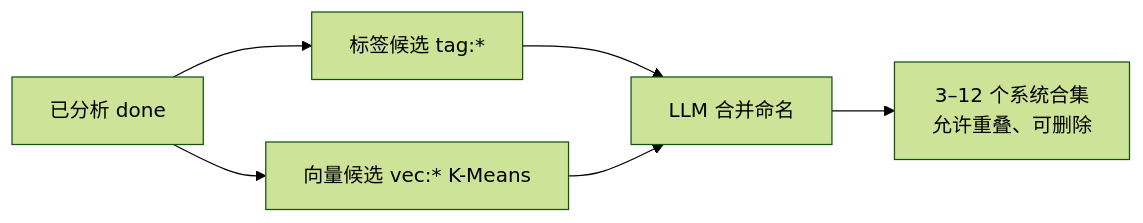
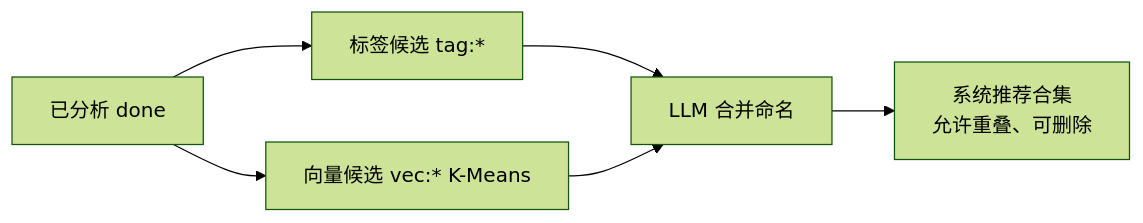
Before and after one commit to OXOYO/Flying-Bird-Wallpaper: the second of 2 diagrams in docs/temp/ai-dev-plan.md, drawn with Mermaid (forest theme). The commit also changed other lines of this file and 26 other files, not shown here.

````diff
--- a/docs/temp/ai-dev-plan.md
+++ b/docs/temp/ai-dev-plan.md
@@ -132,8 +132,8 @@
 ```mermaid
 flowchart LR
   A[已分析 done] --> B[标签候选 tag:*]
   A --> C[向量候选 vec:* K-Means]
   B --> D[LLM 合并命名]
   C --> D
-  D --> E[3–12 个系统合集<br/>允许重叠、可删除]
+  D --> E[系统推荐合集<br/>允许重叠、可删除]
 ```
````
